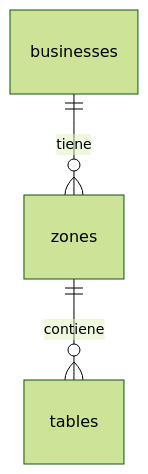
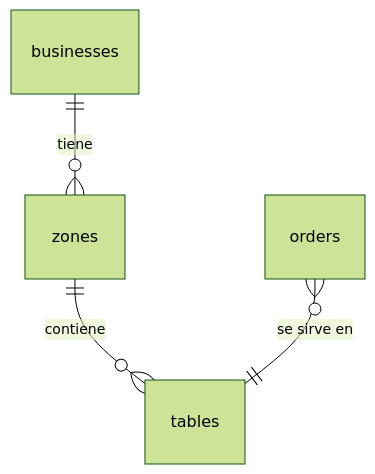
Before and after one commit to mkcodev/TPV-Advanced: the fourth of 6 diagrams in docs/DATABASE-SCHEMA.md, drawn with Mermaid (forest theme). The commit also changed other lines of this file, not shown here.

````diff
--- a/docs/DATABASE-SCHEMA.md
+++ b/docs/DATABASE-SCHEMA.md
@@ -305,5 +341,6 @@
 ```mermaid
 erDiagram
     businesses ||--o{ zones : tiene
     zones ||--o{ tables : contiene
+    orders }o--|| tables : "se sirve en"
 ```
````
